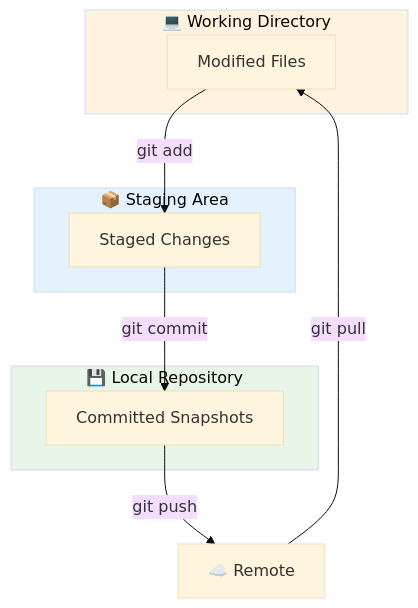
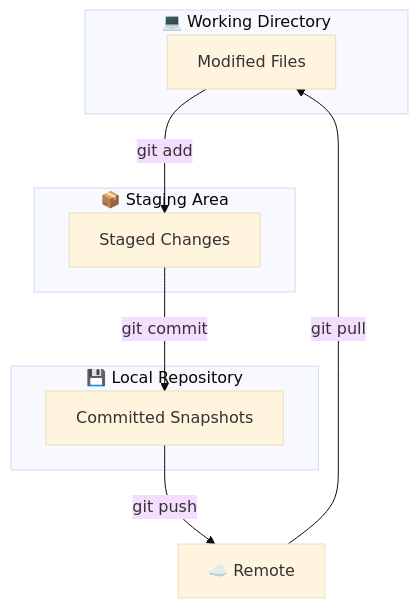
The second of 3 diagrams in README.md (nihalgbailur/github_commands), drawn with Mermaid (base theme) before and after one commit. The commit also changed other lines of this file, not shown here.

Commit message:
fix: improve diagram text visibility

````diff
--- a/README.md
+++ b/README.md
@@ -135,23 +129,19 @@
 ```mermaid
 flowchart TD
     subgraph Working["💻 Working Directory"]
         A[Modified Files]
     end
     
     subgraph Staging["📦 Staging Area"]
         B[Staged Changes]
     end
     
     subgraph Repository["💾 Local Repository"]
         C[Committed Snapshots]
     end
     
     A -->|git add| B
     B -->|git commit| C
     C -->|git push| D[☁️ Remote]
     D -->|git pull| A
-    
-    style Working fill:#fff3e0
-    style Staging fill:#e3f2fd
-    style Repository fill:#e8f5e9
 ```
````
